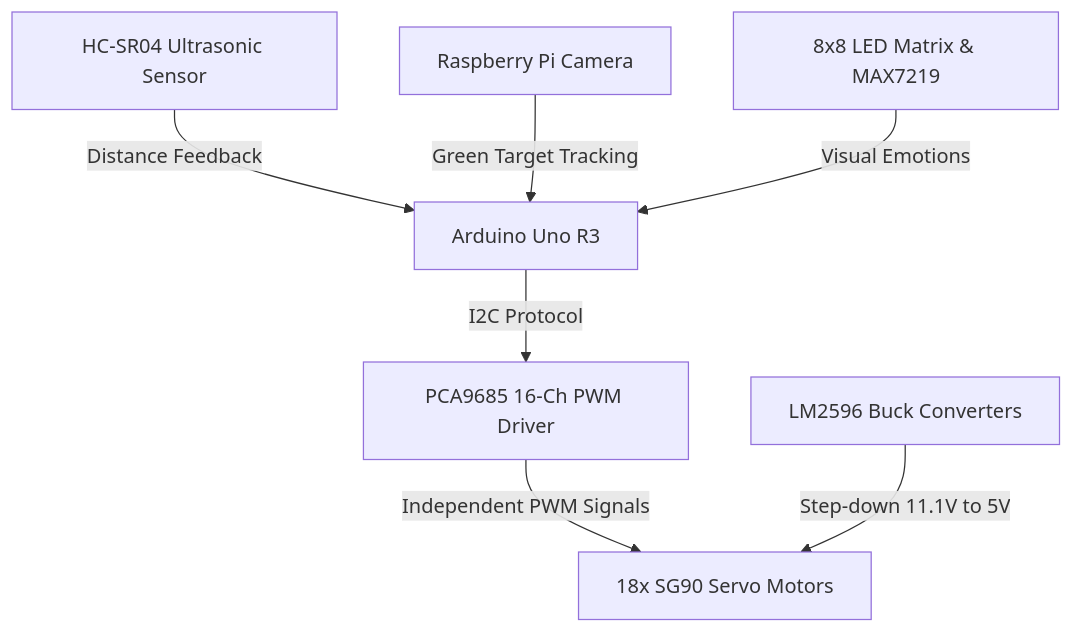
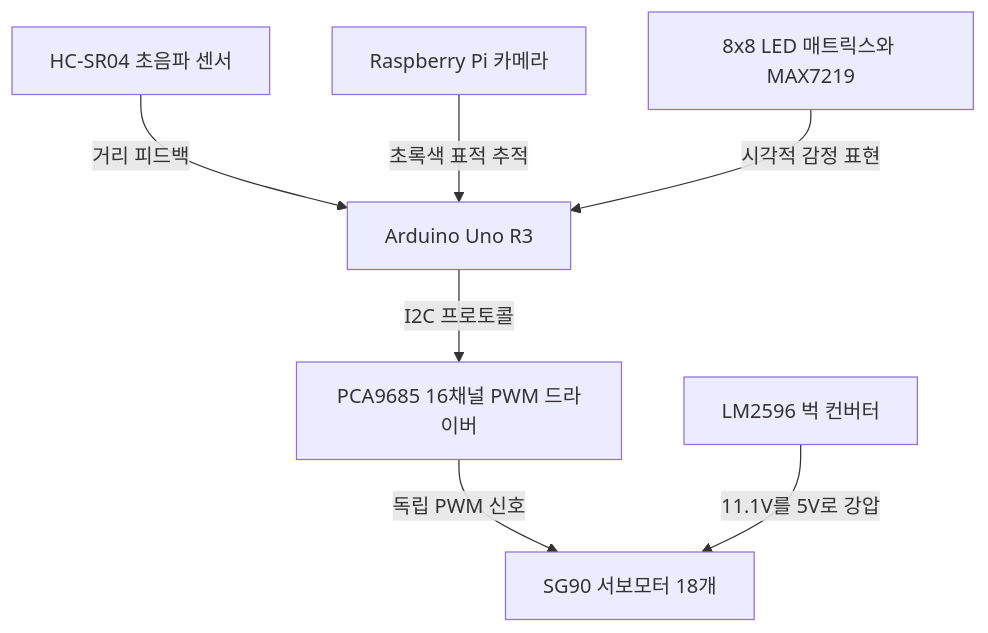
One commit to AlexL71/dadaboev-portfolio changed the diagram in src/pages/ko/research-and-projects/autonomous-hexapod-robot.md. Above: the diagram before and after it, drawn with Mermaid. The commit also changed other lines of this file and 27 other files, not shown here.

````diff
--- a/src/pages/ko/research-and-projects/autonomous-hexapod-robot.md
+++ b/src/pages/ko/research-and-projects/autonomous-hexapod-robot.md
@@ -20,9 +20,9 @@
 ```mermaid
 graph TD
-    A[Arduino Uno R3] -->|I2C Protocol| B[PCA9685 16-Ch PWM Driver]
-    B -->|Independent PWM Signals| C[18x SG90 Servo Motors]
-    D[HC-SR04 Ultrasonic Sensor] -->|Distance Feedback| A
-    E[Raspberry Pi Camera] -->|Green Target Tracking| A
-    F[LM2596 Buck Converters] -->|Step-down 11.1V to 5V| C
-    G[8x8 LED Matrix & MAX7219] -->|Visual Emotions| A
+    A[Arduino Uno R3] -->|I2C 프로토콜| B[PCA9685 16채널 PWM 드라이버]
+    B -->|독립 PWM 신호| C[SG90 서보모터 18개]
+    D[HC-SR04 초음파 센서] -->|거리 피드백| A
+    E[Raspberry Pi 카메라] -->|초록색 표적 추적| A
+    F[LM2596 벅 컨버터] -->|11.1V를 5V로 강압| C
+    G[8x8 LED 매트릭스와 MAX7219] -->|시각적 감정 표현| A
 ```
````
